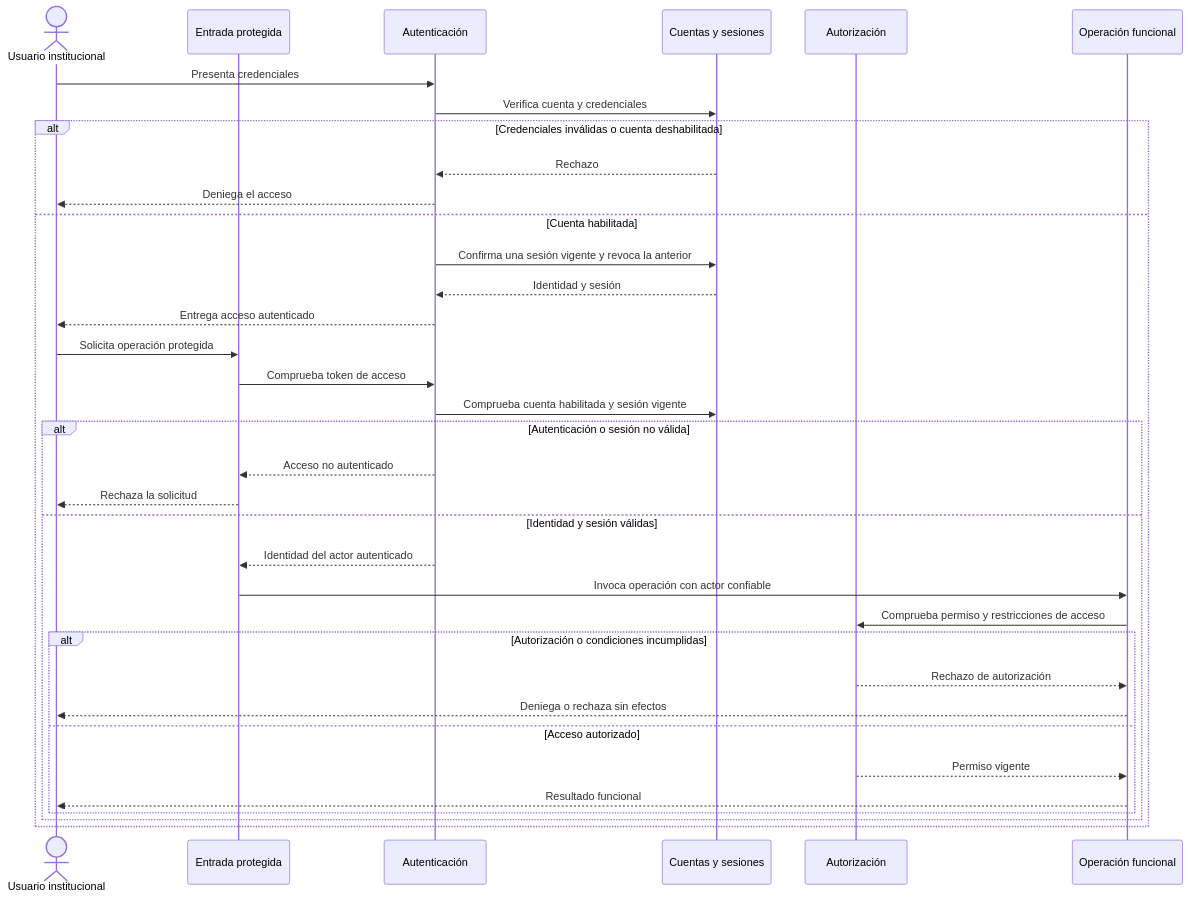
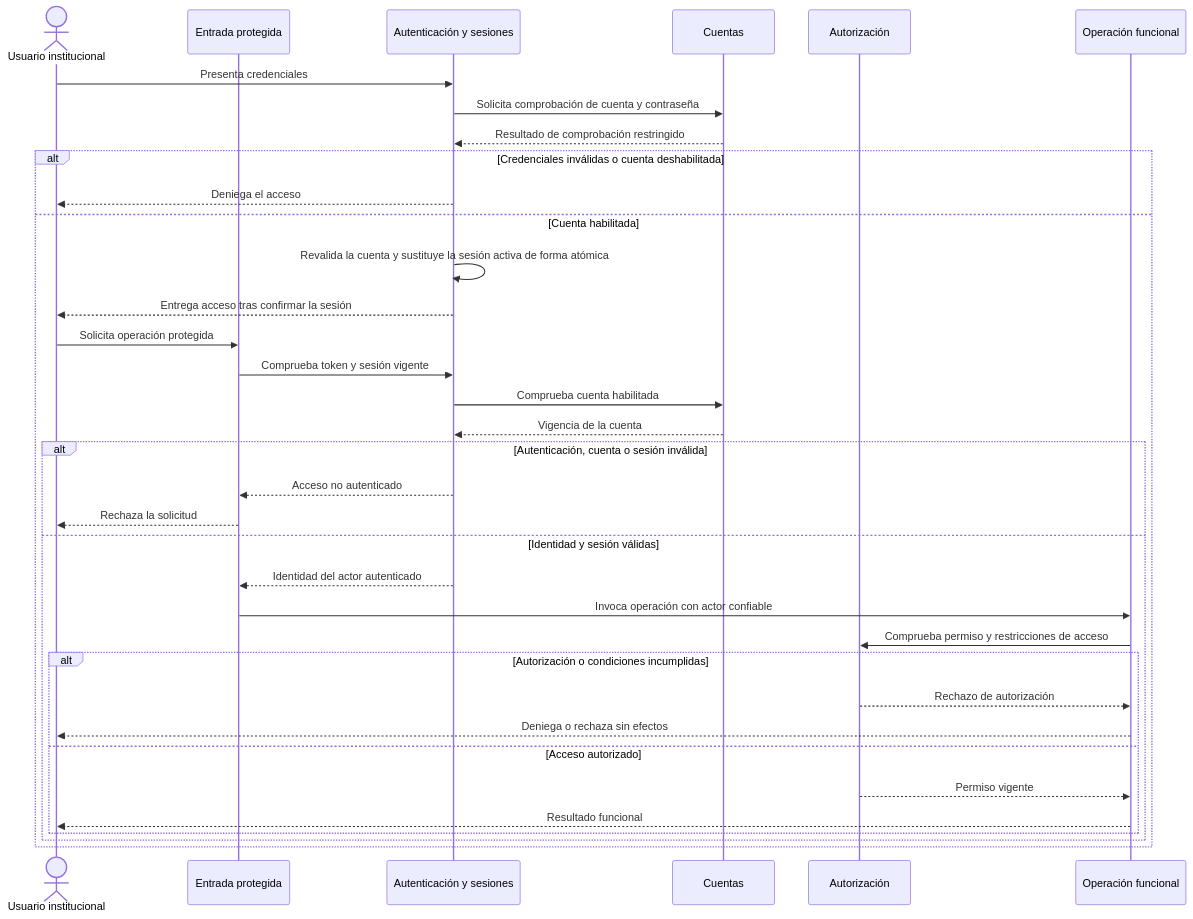
One commit to EderPanta18/academic-management-api changed the seventh of 7 diagrams in docs/04-analysis/04-interaction-sequences.md. Above: the diagram before and after it, drawn with Mermaid. The commit also changed other lines of this file and 6 other files, not shown here.

Commit message:
docs(architecture): assign session ownership to authentication

````diff
--- a/docs/04-analysis/04-interaction-sequences.md
+++ b/docs/04-analysis/04-interaction-sequences.md
@@ -242,38 +242,38 @@
 ```mermaid
 sequenceDiagram
     actor Usuario as Usuario institucional
     participant Entrada as Entrada protegida
-    participant Autenticacion as Autenticación
-    participant Cuentas as Cuentas y sesiones
+    participant Autenticacion as Autenticación y sesiones
+    participant Cuentas as Cuentas
     participant Autorizacion as Autorización
     participant Operacion as Operación funcional
 
     Usuario->>Autenticacion: Presenta credenciales
-    Autenticacion->>Cuentas: Verifica cuenta y credenciales
+    Autenticacion->>Cuentas: Solicita comprobación de cuenta y contraseña
+    Cuentas-->>Autenticacion: Resultado de comprobación restringido
     alt Credenciales inválidas o cuenta deshabilitada
-        Cuentas-->>Autenticacion: Rechazo
         Autenticacion-->>Usuario: Deniega el acceso
     else Cuenta habilitada
-        Autenticacion->>Cuentas: Confirma una sesión vigente y revoca la anterior
-        Cuentas-->>Autenticacion: Identidad y sesión
-        Autenticacion-->>Usuario: Entrega acceso autenticado
+        Autenticacion->>Autenticacion: Revalida la cuenta y sustituye la sesión activa de forma atómica
+        Autenticacion-->>Usuario: Entrega acceso tras confirmar la sesión
         Usuario->>Entrada: Solicita operación protegida
-        Entrada->>Autenticacion: Comprueba token de acceso
-        Autenticacion->>Cuentas: Comprueba cuenta habilitada y sesión vigente
-        alt Autenticación o sesión no válida
+        Entrada->>Autenticacion: Comprueba token y sesión vigente
+        Autenticacion->>Cuentas: Comprueba cuenta habilitada
+        Cuentas-->>Autenticacion: Vigencia de la cuenta
+        alt Autenticación, cuenta o sesión inválida
             Autenticacion-->>Entrada: Acceso no autenticado
             Entrada-->>Usuario: Rechaza la solicitud
         else Identidad y sesión válidas
             Autenticacion-->>Entrada: Identidad del actor autenticado
             Entrada->>Operacion: Invoca operación con actor confiable
             Operacion->>Autorizacion: Comprueba permiso y restricciones de acceso
             alt Autorización o condiciones incumplidas
                 Autorizacion-->>Operacion: Rechazo de autorización
                 Operacion-->>Usuario: Deniega o rechaza sin efectos
             else Acceso autorizado
                 Autorizacion-->>Operacion: Permiso vigente
                 Operacion-->>Usuario: Resultado funcional
             end
         end
     end
 ```
````
